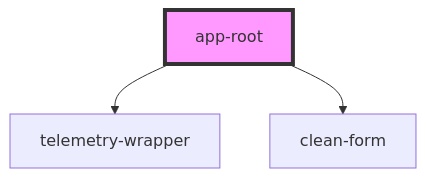
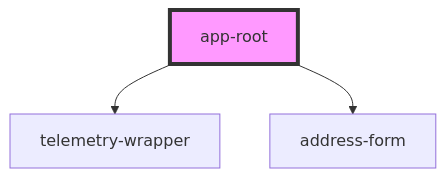
One commit to jimbono/stencil-form-telemetry changed the diagram in src/components/app-root/readme.md. Above: the diagram before and after it, drawn with Mermaid. The commit also changed other lines of this file and 17 other files, not shown here.

````diff
--- a/src/components/app-root/readme.md
+++ b/src/components/app-root/readme.md
@@ -16,6 +16,6 @@
 ```mermaid
 graph TD;
   app-root --> telemetry-wrapper
-  app-root --> clean-form
+  app-root --> address-form
   style app-root fill:#f9f,stroke:#333,stroke-width:4px
 ```
````
